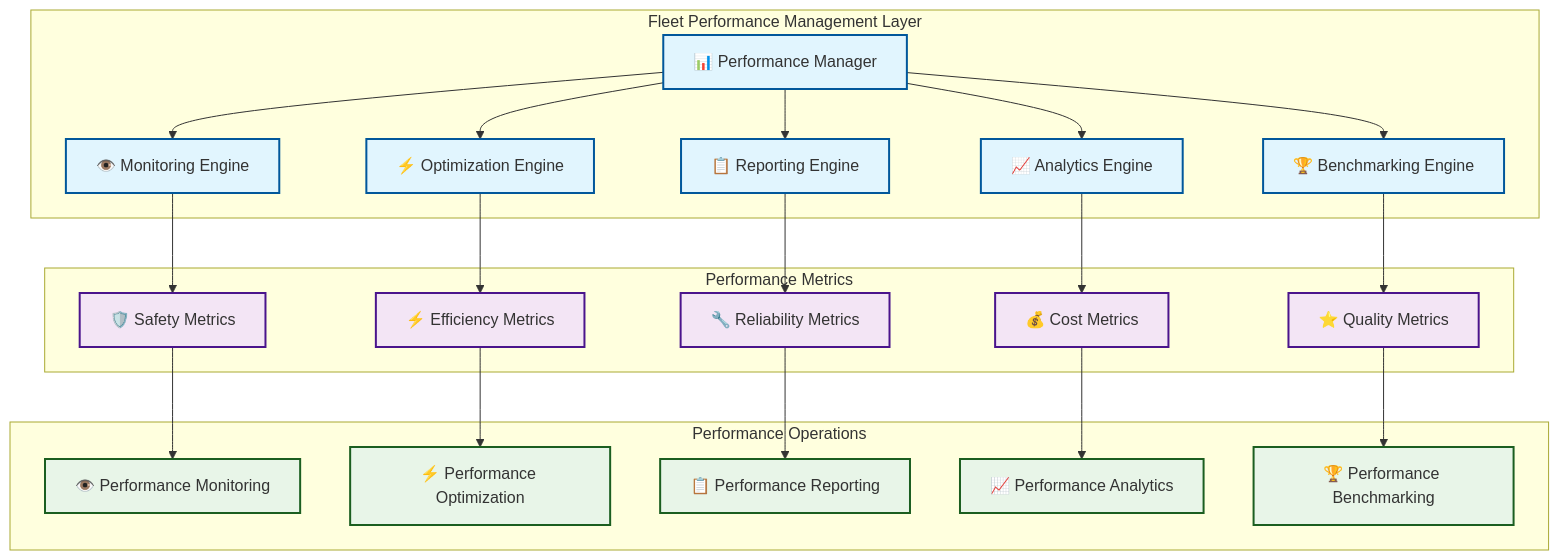
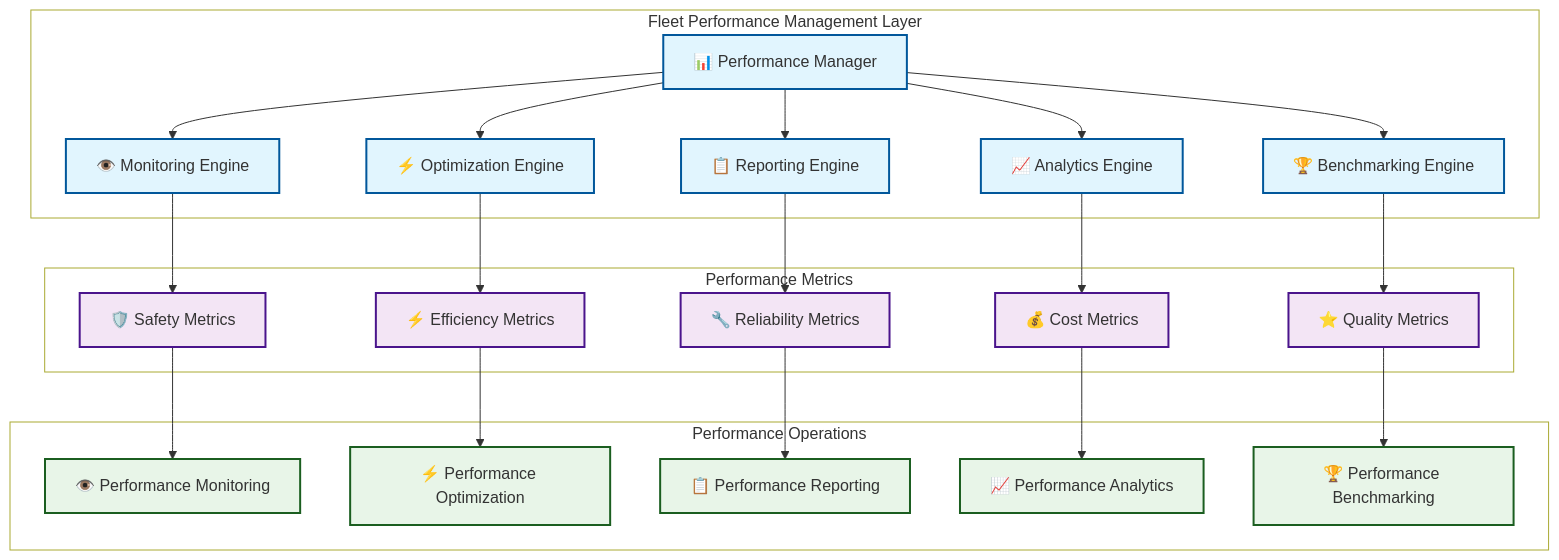
Diagram 17 of 17 in docs/Technical/01_Architecture.md (suprachakra/AtlasMesh-Fleet-OS), drawn with Mermaid before and after one commit. The commit also changed other lines of this file, not shown here.

````diff
--- a/docs/Technical/01_Architecture.md
+++ b/docs/Technical/01_Architecture.md
@@ -1222,53 +1243,57 @@
 ```mermaid
 graph TB
     subgraph "Fleet Performance Management Layer"
         PerformanceManager[📊 Performance Manager]
         MonitoringEngine[👁️ Monitoring Engine]
         OptimizationEngine[⚡ Optimization Engine]
         ReportingEngine[📋 Reporting Engine]
         AnalyticsEngine[📈 Analytics Engine]
         BenchmarkingEngine[🏆 Benchmarking Engine]
     end
     
     subgraph "Performance Metrics"
         SafetyMetrics[🛡️ Safety Metrics]
         EfficiencyMetrics[⚡ Efficiency Metrics]
         ReliabilityMetrics[🔧 Reliability Metrics]
         CostMetrics[💰 Cost Metrics]
         QualityMetrics[⭐ Quality Metrics]
     end
     
     subgraph "Performance Operations"
         PerformanceMonitoring[👁️ Performance Monitoring]
         PerformanceOptimization[⚡ Performance Optimization]
         PerformanceReporting[📋 Performance Reporting]
         PerformanceAnalytics[📈 Performance Analytics]
         PerformanceBenchmarking[🏆 Performance Benchmarking]
     end
     
     PerformanceManager --> MonitoringEngine
     PerformanceManager --> OptimizationEngine
     PerformanceManager --> ReportingEngine
     PerformanceManager --> AnalyticsEngine
     PerformanceManager --> BenchmarkingEngine
     
     MonitoringEngine --> SafetyMetrics
     OptimizationEngine --> EfficiencyMetrics
     ReportingEngine --> ReliabilityMetrics
     AnalyticsEngine --> CostMetrics
     BenchmarkingEngine --> QualityMetrics
     
     SafetyMetrics --> PerformanceMonitoring
     EfficiencyMetrics --> PerformanceOptimization
     ReliabilityMetrics --> PerformanceReporting
     CostMetrics --> PerformanceAnalytics
     QualityMetrics --> PerformanceBenchmarking
     
     classDef performance fill:#e1f5fe,stroke:#01579b,stroke-width:2px
     classDef metric fill:#f3e5f5,stroke:#4a148c,stroke-width:2px
     classDef operation fill:#e8f5e8,stroke:#1b5e20,stroke-width:2px
     
     class PerformanceManager,MonitoringEngine,OptimizationEngine,ReportingEngine,AnalyticsEngine,BenchmarkingEngine performance
     class SafetyMetrics,EfficiencyMetrics,ReliabilityMetrics,CostMetrics,QualityMetrics metric
     class PerformanceMonitoring,PerformanceOptimization,PerformanceReporting,PerformanceAnalytics,PerformanceBenchmarking operation
+
+    style subGraph1 fill:transparent
+    style subGraph0 fill:transparent
+    style subGraph2 fill:transparent
 ```
````
